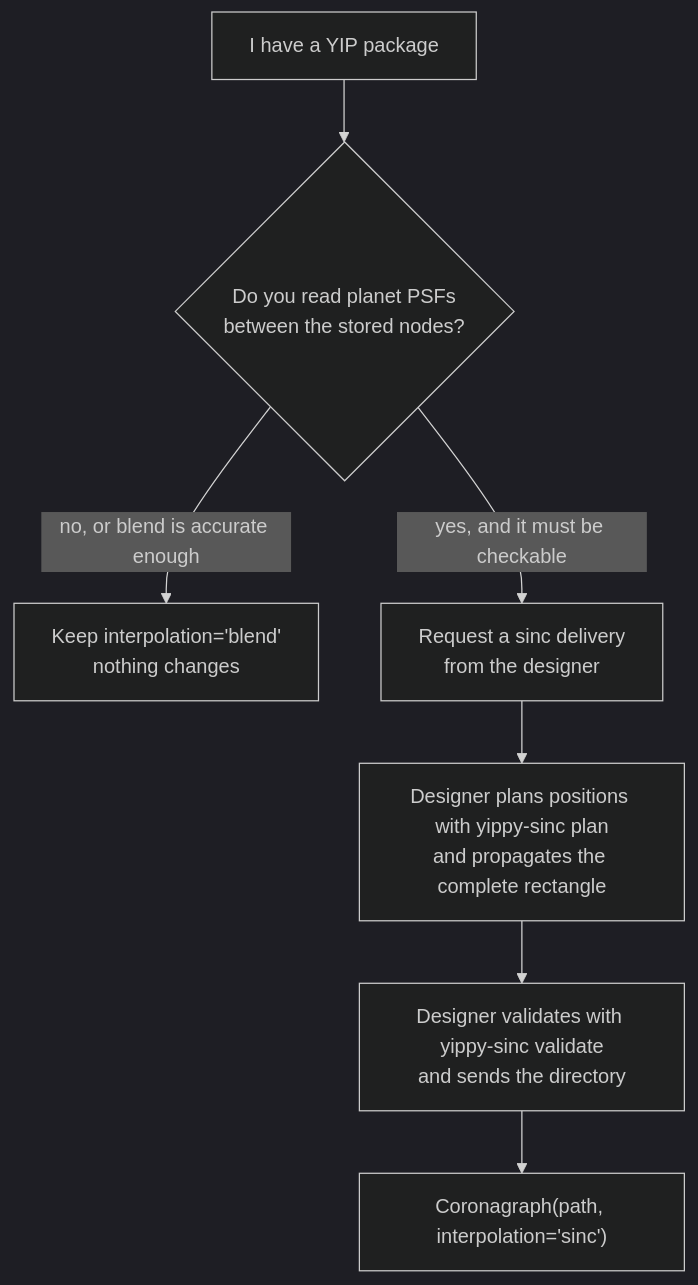
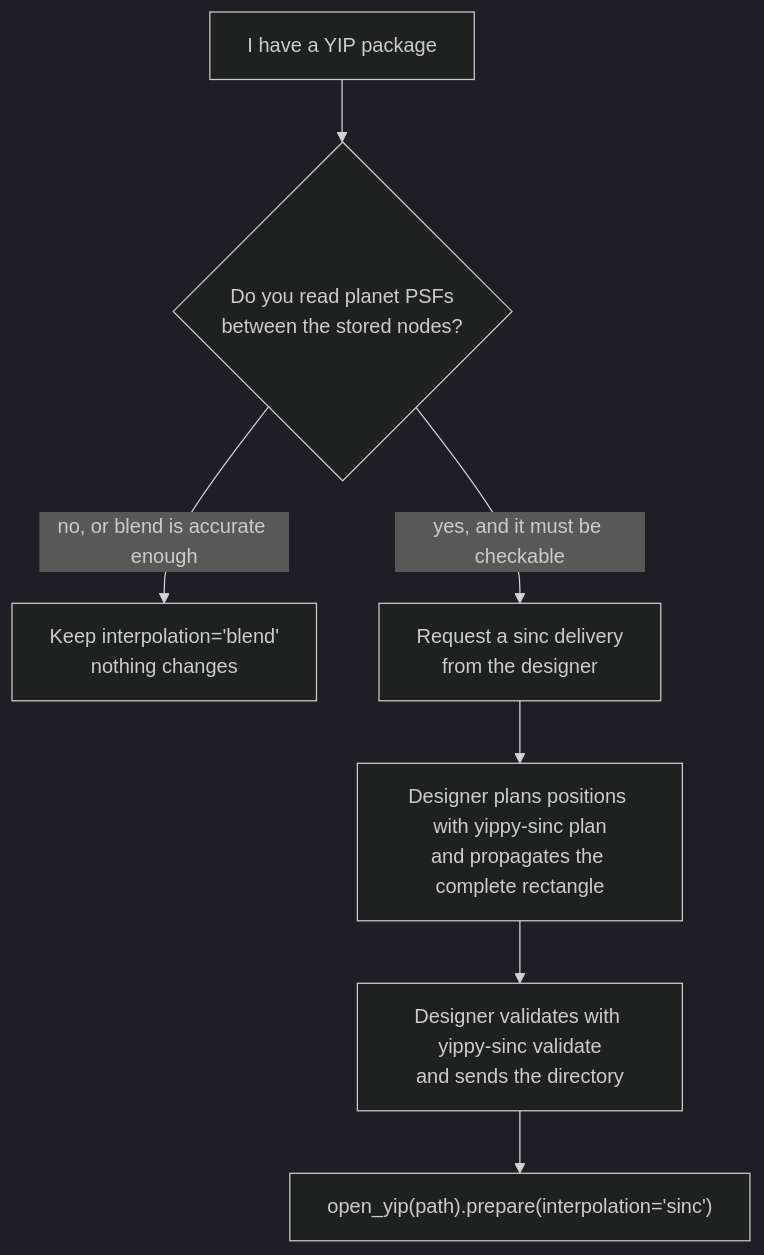
The diagram in docs/practice/yippy.md (CoreySpohn/sinchole), drawn with Mermaid (dark theme) before and after one commit. The commit also changed other lines of this file and 6 other files, not shown here.

````diff
--- a/docs/practice/yippy.md
+++ b/docs/practice/yippy.md
@@ -169,9 +167,9 @@
 ```mermaid
 flowchart TD
     A["I have a YIP package"] --> B{"Do you read planet PSFs<br/>between the stored nodes?"}
     B -- "no, or blend is accurate enough" --> C["Keep interpolation='blend'<br/>nothing changes"]
     B -- "yes, and it must be checkable" --> D["Request a sinc delivery<br/>from the designer"]
     D --> E["Designer plans positions with yippy-sinc plan<br/>and propagates the complete rectangle"]
     E --> F["Designer validates with yippy-sinc validate<br/>and sends the directory"]
-    F --> G["Coronagraph(path, interpolation='sinc')"]
+    F --> G["open_yip(path).prepare(interpolation='sinc')"]
 ```
````
